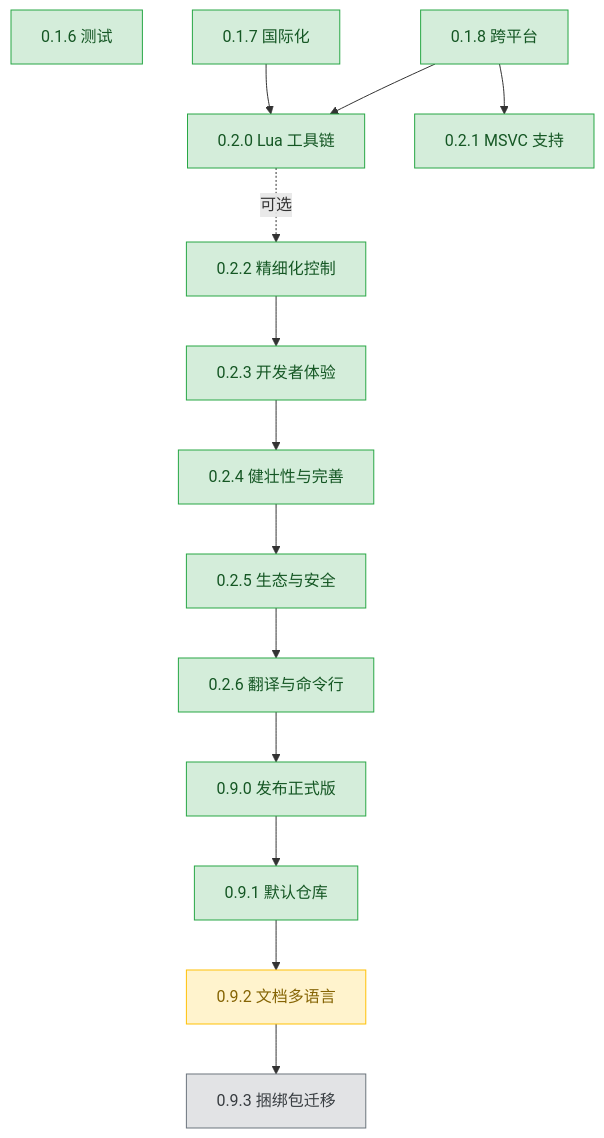
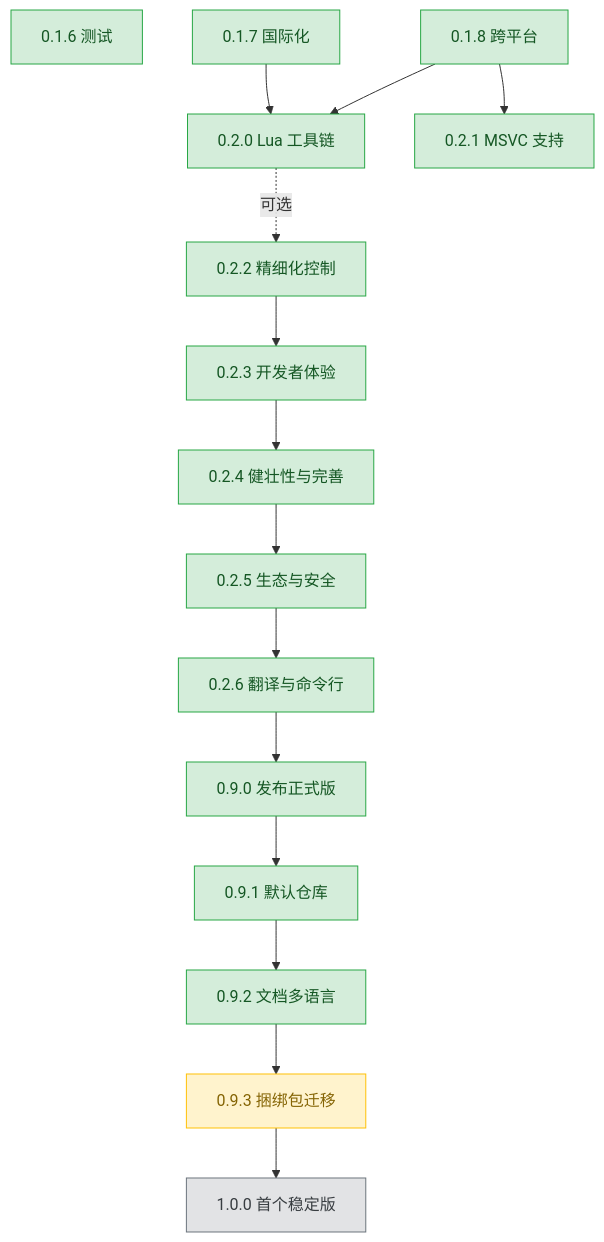
Before and after one commit to 3667808244/EazyMake: the diagram in plans/README.md, drawn with Mermaid. The commit also changed other lines of this file and 11 other files, not shown here.

````diff
--- a/plans/README.md
+++ b/plans/README.md
@@ -54,38 +56,40 @@
 ```mermaid
 graph TD
     v016["0.1.6 测试"]
     v017["0.1.7 国际化"]
     v018["0.1.8 跨平台"]
     v020["0.2.0 Lua 工具链"]
     v021["0.2.1 MSVC 支持"]
     v022["0.2.2 精细化控制"]
     v023["0.2.3 开发者体验"]
     v024["0.2.4 健壮性与完善"]
     v025["0.2.5 生态与安全"]
     v026["0.2.6 翻译与命令行"]
     v090["0.9.0 发布正式版"]
     v091["0.9.1 默认仓库"]
     v092["0.9.2 文档多语言"]
     v093["0.9.3 捆绑包迁移"]
+    v100["1.0.0 首个稳定版"]
 
     v018 --> v021
     v017 --> v020
     v018 --> v020
     v020 -.可选.-> v022
     v022 --> v023
     v023 --> v024
     v024 --> v025
     v025 --> v026
     v026 --> v090
     v090 --> v091
     v091 --> v092
     v092 --> v093
+    v093 --> v100
 
     classDef done fill:#d4edda,stroke:#28a745,color:#155724;
     classDef active fill:#fff3cd,stroke:#ffc107,color:#856404;
     classDef todo fill:#e2e3e5,stroke:#6c757d,color:#383d41;
 
-    class v016,v017,v018,v020,v021,v022,v023,v024,v025,v026,v090,v091 done;
-    class v092 active;
-    class v093 todo;
+    class v016,v017,v018,v020,v021,v022,v023,v024,v025,v026,v090,v091,v092 done;
+    class v093 active;
+    class v100 todo;
 ```
````
